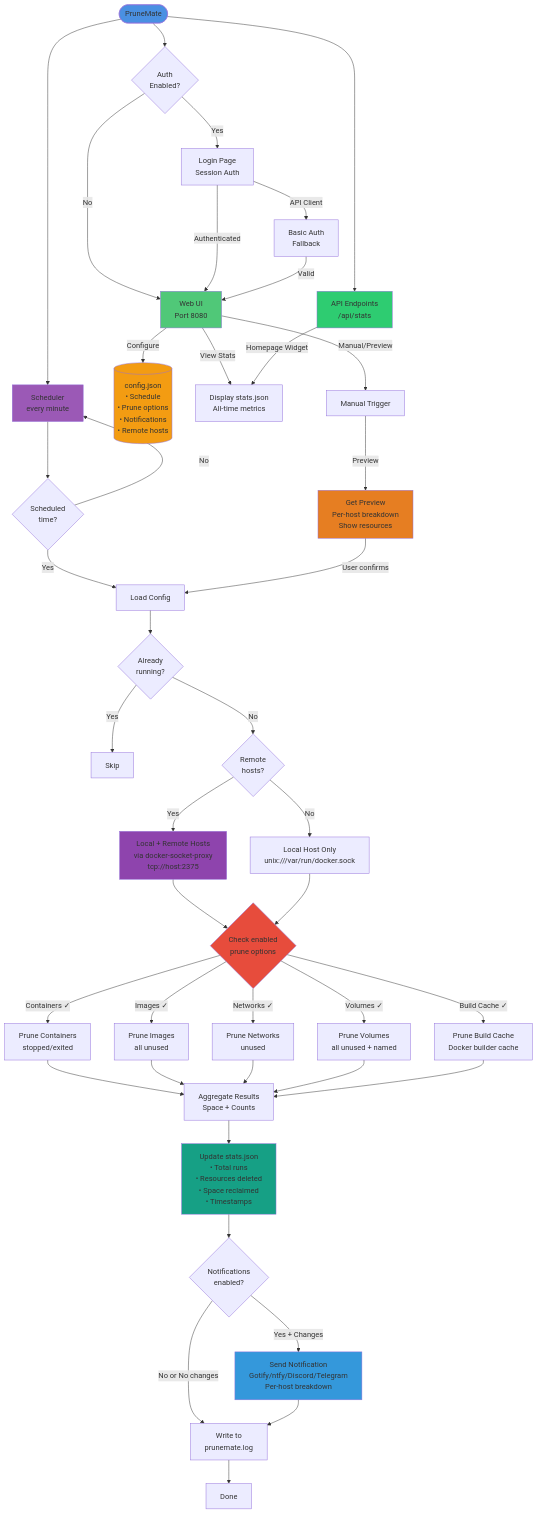
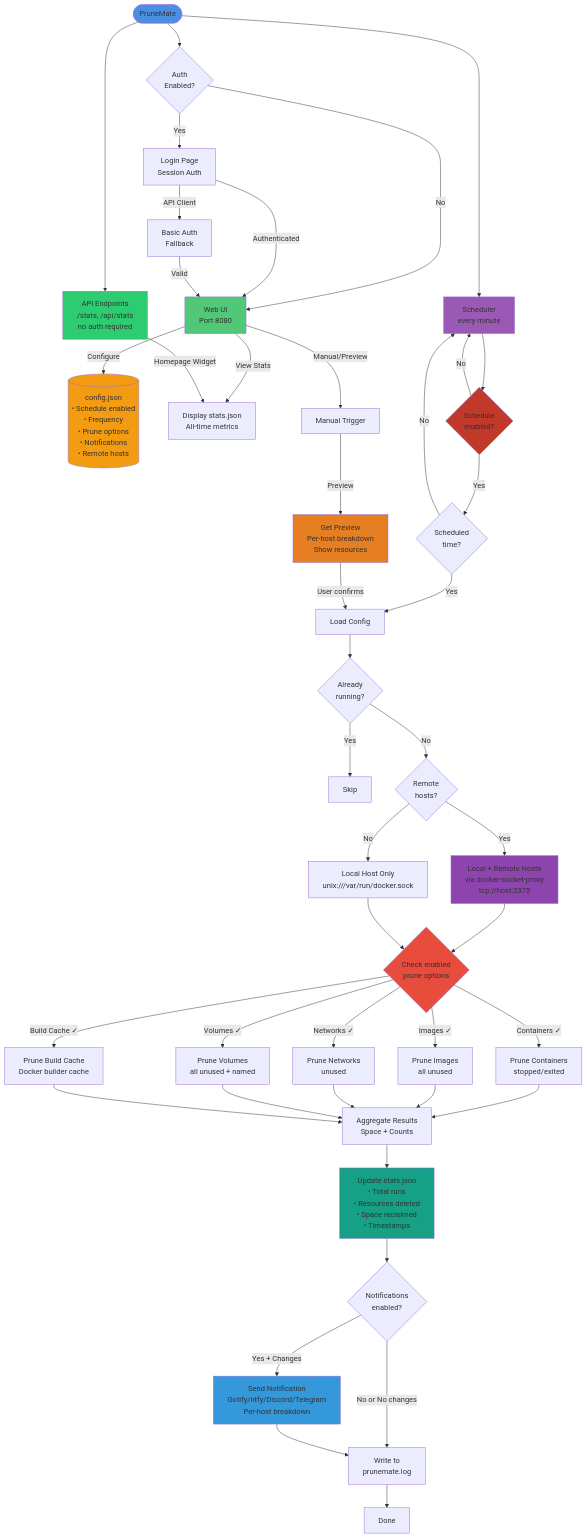
Before and after one commit to hbestm/PruneMate-CN: the diagram in ARCHITECTURE.md, drawn with Mermaid. The commit also changed other lines of this file and 7 other files, not shown here.

````diff
--- a/ARCHITECTURE.md
+++ b/ARCHITECTURE.md
@@ -7,67 +7,70 @@
 ```mermaid
 flowchart TD
     Start([PruneMate]) --> Auth{Auth<br/>Enabled?}
     Auth -->|No| WebUI[Web UI<br/>Port 8080]
     Auth -->|Yes| Login[Login Page<br/>Session Auth]
     Login -->|Authenticated| WebUI
     Login -->|API Client| BasicAuth[Basic Auth<br/>Fallback]
     BasicAuth -->|Valid| WebUI
     
     Start --> Scheduler[Scheduler<br/>every minute]
-    Start --> API[API Endpoints<br/>/api/stats]
+    Start --> API[API Endpoints<br/>/stats, /api/stats<br/>no auth required]
     
-    WebUI --> |Configure| Config[(config.json<br/>• Schedule<br/>• Prune options<br/>• Notifications<br/>• Remote hosts)]
+    WebUI --> |Configure| Config[(config.json<br/>• Schedule enabled<br/>• Frequency<br/>• Prune options<br/>• Notifications<br/>• Remote hosts)]
     WebUI --> |View Stats| StatsUI[Display stats.json<br/>All-time metrics]
     WebUI --> |Manual/Preview| Manual[Manual Trigger]
     API --> |Homepage Widget| StatsUI
     
-    Scheduler --> CheckTime{Scheduled<br/>time?}
+    Scheduler --> CheckSchedule{Schedule<br/>enabled?}
+    CheckSchedule --> |No| Scheduler
+    CheckSchedule --> |Yes| CheckTime{Scheduled<br/>time?}
     CheckTime --> |No| Scheduler
     CheckTime --> |Yes| LoadConfig[Load Config]
     
     Manual --> |Preview| Preview[Get Preview<br/>Per-host breakdown<br/>Show resources]
     Preview --> |User confirms| LoadConfig
     
     LoadConfig --> Lock{Already<br/>running?}
     Lock --> |Yes| Skip[Skip]
     Lock --> |No| CheckHosts{Remote<br/>hosts?}
     
     CheckHosts --> |Yes| Remote[Local + Remote Hosts<br/>via docker-socket-proxy<br/>tcp://host:2375]
     CheckHosts --> |No| Local[Local Host Only<br/>unix:///var/run/docker.sock]
     
     Remote --> CheckOptions
     Local --> CheckOptions
     
     CheckOptions{Check enabled<br/>prune options}
     CheckOptions --> |Containers ✓| PruneC[Prune Containers<br/>stopped/exited]
     CheckOptions --> |Images ✓| PruneI[Prune Images<br/>all unused]
     CheckOptions --> |Networks ✓| PruneN[Prune Networks<br/>unused]
     CheckOptions --> |Volumes ✓| PruneV[Prune Volumes<br/>all unused + named]
     CheckOptions --> |Build Cache ✓| PruneB[Prune Build Cache<br/>Docker builder cache]
     
     PruneC --> Aggregate
     PruneI --> Aggregate
     PruneN --> Aggregate
     PruneV --> Aggregate
     PruneB --> Aggregate
     
     Aggregate[Aggregate Results<br/>Space + Counts] --> Stats[Update stats.json<br/>• Total runs<br/>• Resources deleted<br/>• Space reclaimed<br/>• Timestamps]
     
     Stats --> Notify{Notifications<br/>enabled?}
     
     Notify --> |Yes + Changes| Send[Send Notification<br/>Gotify/ntfy/Discord/Telegram<br/>Per-host breakdown]
     Notify --> |No or No changes| Log[Write to<br/>prunemate.log]
     Send --> Log
     Log --> Done[Done]
     
     style Start fill:#4a90e2
     style WebUI fill:#50c878
     style Scheduler fill:#9b59b6
     style Config fill:#f39c12
     style CheckOptions fill:#e74c3c
     style Stats fill:#16a085
     style Send fill:#3498db
     style Preview fill:#e67e22
     style API fill:#2ecc71
     style Remote fill:#8e44ad
+    style CheckSchedule fill:#c0392b
 ```
````
